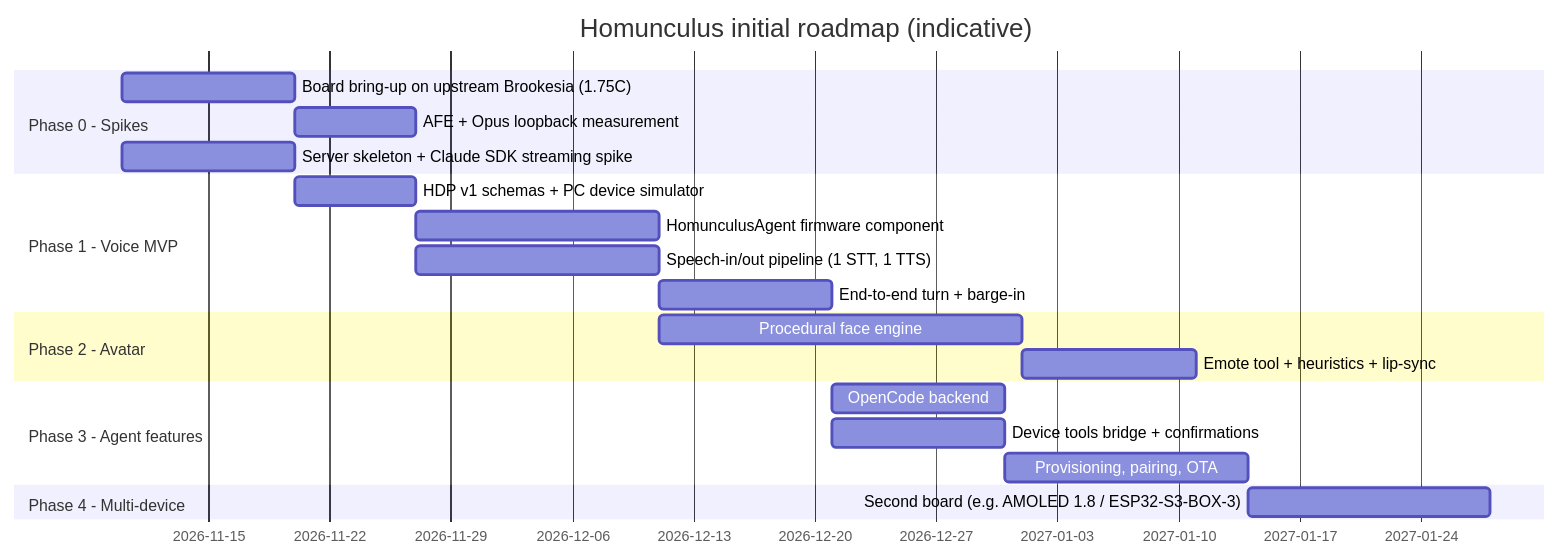
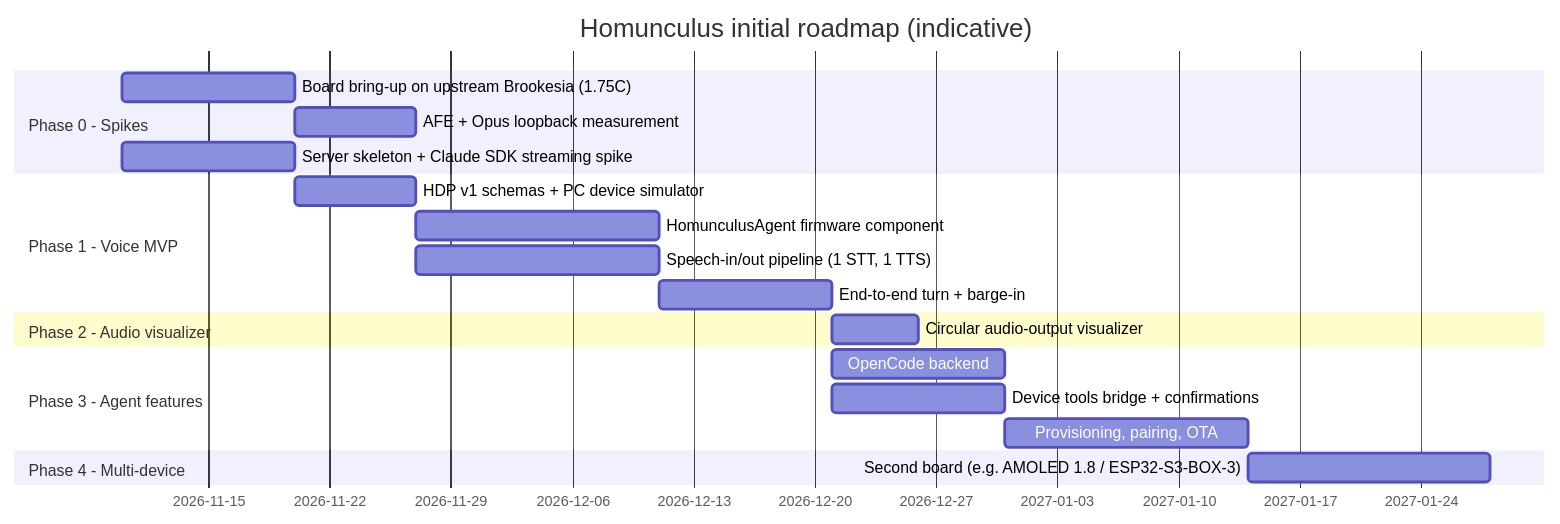
One commit to 0x1d/crucible changed the diagram in docs/specification/08-roadmap-and-open-items.md. Above: the diagram before and after it, drawn with Mermaid. The commit also changed other lines of this file and 5 other files, not shown here.

First line of the commit message:
docs(spec): Phase 2 re-specified as circular audio visualizer; face deferred

````diff
--- a/docs/specification/08-roadmap-and-open-items.md
+++ b/docs/specification/08-roadmap-and-open-items.md
@@ -37,23 +37,22 @@
 ```mermaid
 gantt
     dateFormat  YYYY-MM-DD
     title Homunculus initial roadmap (indicative)
     section Phase 0 - Spikes
     Board bring-up on upstream Brookesia (1.75C)   :p0a, 2026-11-10, 10d
     AFE + Opus loopback measurement                :p0b, after p0a, 7d
     Server skeleton + Claude SDK streaming spike   :p0c, 2026-11-10, 10d
     section Phase 1 - Voice MVP
     HDP v1 schemas + PC device simulator           :p1a, after p0c, 7d
     HomunculusAgent firmware component             :p1b, after p0b, 14d
     Speech-in/out pipeline (1 STT, 1 TTS)          :p1c, after p1a, 14d
     End-to-end turn + barge-in                     :p1d, after p1b, 10d
-    section Phase 2 - Avatar
-    Procedural face engine                         :p2a, after p1b, 21d
-    Emote tool + heuristics + lip-sync             :p2b, after p2a, 10d
+    section Phase 2 - Audio visualizer
+    Circular audio-output visualizer               :p2a, after p1d, 5d
     section Phase 3 - Agent features
     OpenCode backend                               :p3a, after p1d, 10d
     Device tools bridge + confirmations            :p3b, after p1d, 10d
     Provisioning, pairing, OTA                     :p3c, after p3b, 14d
     section Phase 4 - Multi-device
     Second board (e.g. AMOLED 1.8 / ESP32-S3-BOX-3) :p4a, after p3c, 14d
 ```
````
